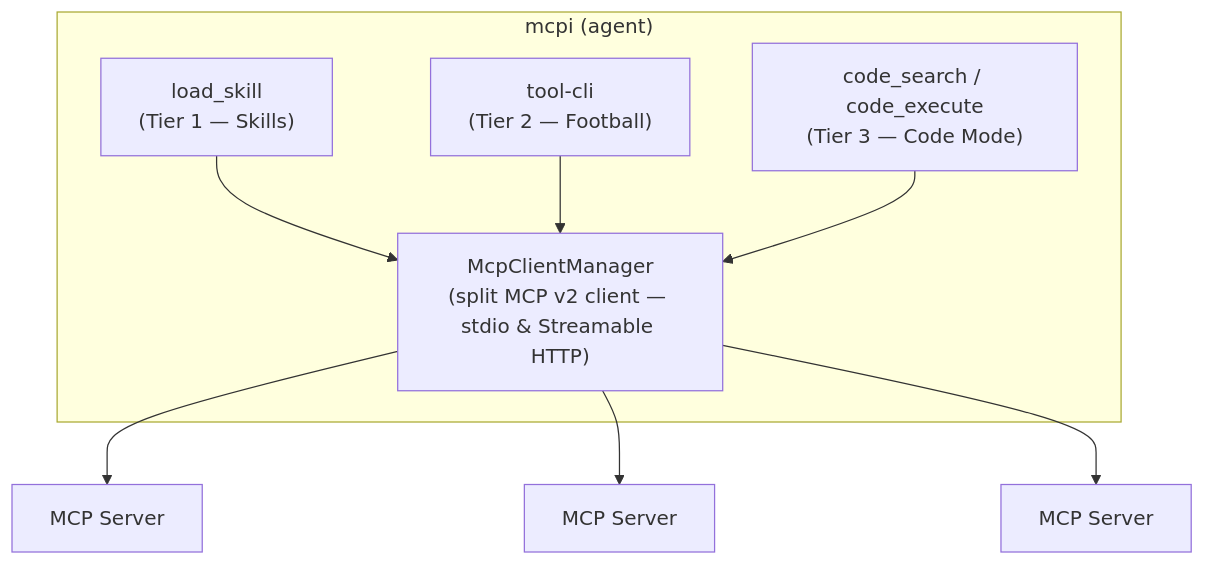
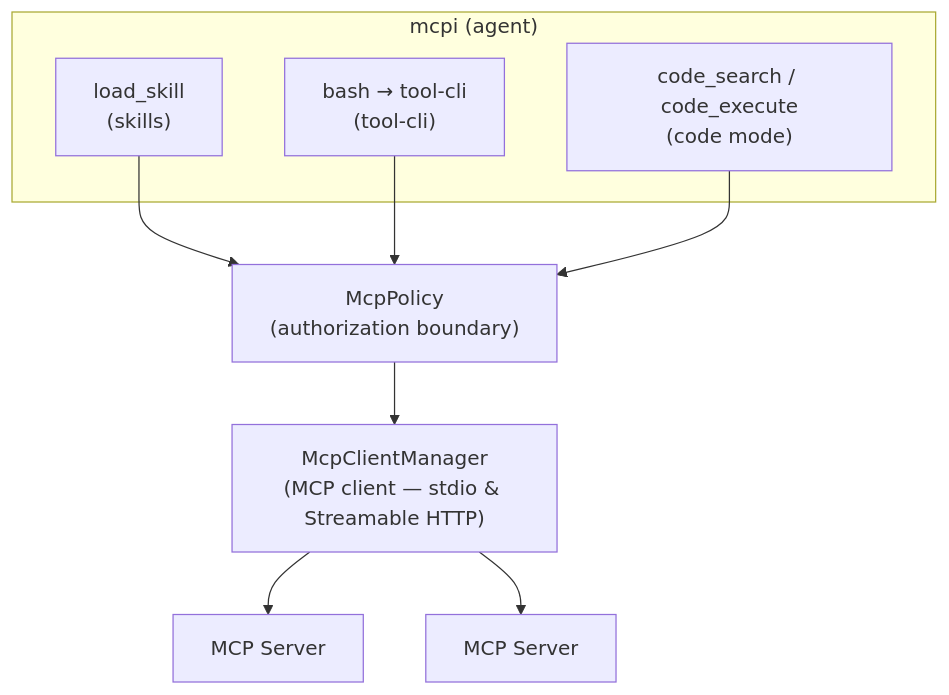
Before and after one commit to SamMorrowDrums/mcpi-ext: the diagram in README.md, drawn with Mermaid. The commit also changed other lines of this file and 11 other files, not shown here.

````diff
--- a/README.md
+++ b/README.md
@@ -159,15 +365,14 @@
 ```mermaid
 flowchart TD
     subgraph mcpi["mcpi (agent)"]
-        T1["load_skill\n(Tier 1 — Skills)"]
-        T2["tool-cli\n(Tier 2 — Football)"]
-        T3["code_search / code_execute\n(Tier 3 — Code Mode)"]
-        MCM["McpClientManager\n(split MCP v2 client — stdio & Streamable HTTP)"]
-        T1 --> MCM
-        T2 --> MCM
-        T3 --> MCM
+        LS["load_skill<br/>(skills)"]
+        BASH["bash → tool-cli<br/>(tool-cli)"]
+        CM["code_search / code_execute<br/>(code mode)"]
     end
+    LS --> POL["McpPolicy<br/>(authorization boundary)"]
+    BASH --> POL
+    CM --> POL
+    POL --> MCM["McpClientManager<br/>(MCP client — stdio &amp; Streamable HTTP)"]
     MCM --> S1["MCP Server"]
     MCM --> S2["MCP Server"]
-    MCM --> S3["MCP Server"]
 ```
````
